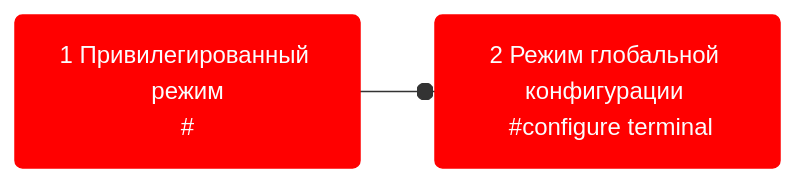
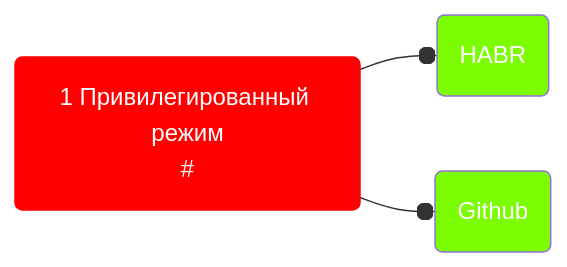
One commit to Kostrov2003/FirstSite changed the diagram in test.md. Above: the diagram before and after it, drawn with Mermaid.

````diff
--- a/test.md
+++ b/test.md
@@ -1,10 +1,12 @@
 ```mermaid 
 graph LR
 classDef class1 fill:#FF0000,stroke:#FF0000,color:#fbfdfe
 classDef class2 fill:#7CFC00,color:#FFFFFF
 
-A(1 Привилегированный режим<br>#):::class1 --o B(2 Режим глобальной конфигурации <br> #configure terminal):::class1
-click B "/wiki/CLI/configure_terminal" _blank
+A(1 Привилегированный режим<br>#):::class1 --o B(HABR):::class2
+click B "https://habr.com/ru/all/" _blank
+
+A --o C(Github <br>):::class2
 
 
 ```
````
